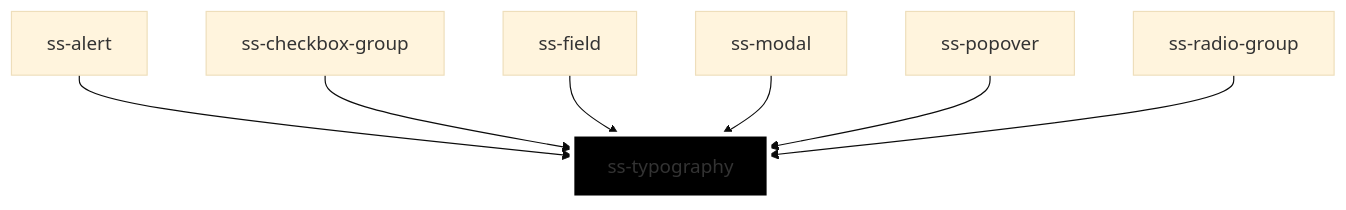
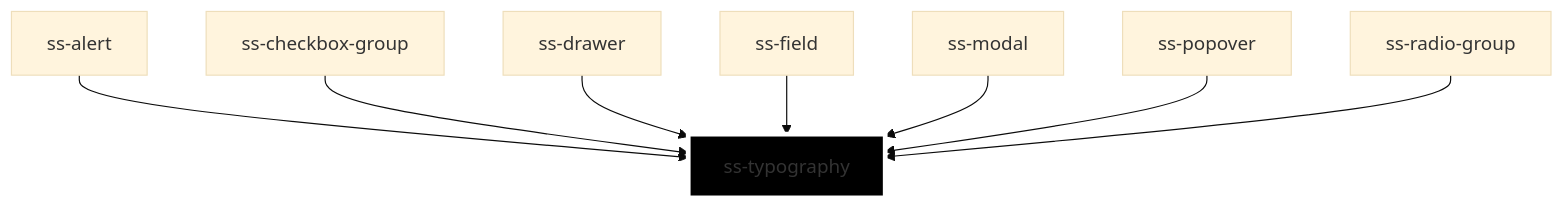
One commit to slice-soft/ss-stencil-web-components-lib changed the diagram in src/components/atoms/ss-typography/readme.md. Above: the diagram before and after it, drawn with Mermaid (base theme). The commit also changed other lines of this file and 49 other files, not shown here.

````diff
--- a/src/components/atoms/ss-typography/readme.md
+++ b/src/components/atoms/ss-typography/readme.md
@@ -46,10 +47,11 @@
 ```mermaid
 graph TD;
   ss-alert --> ss-typography
   ss-checkbox-group --> ss-typography
+  ss-drawer --> ss-typography
   ss-field --> ss-typography
   ss-modal --> ss-typography
   ss-popover --> ss-typography
   ss-radio-group --> ss-typography
   style ss-typography fill:#000,stroke:#fff,stroke-width:4px
 ```
````
